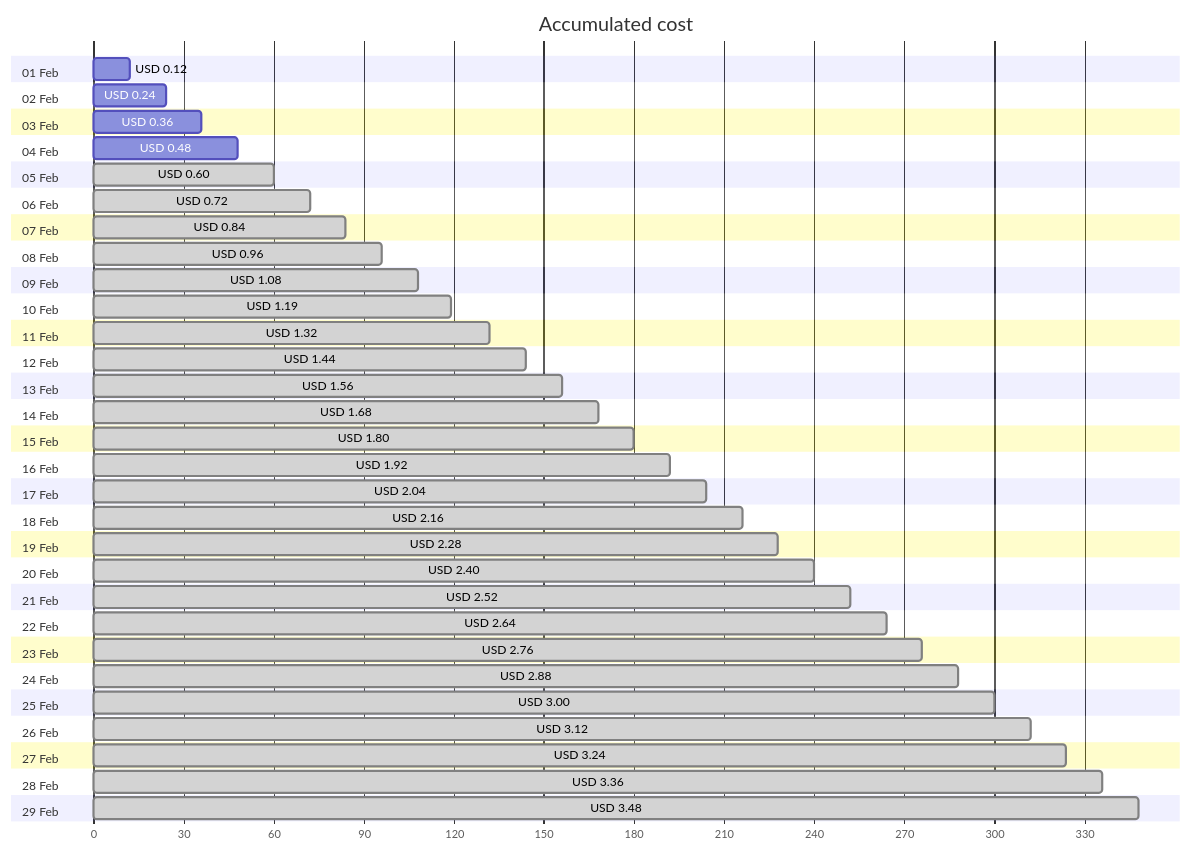
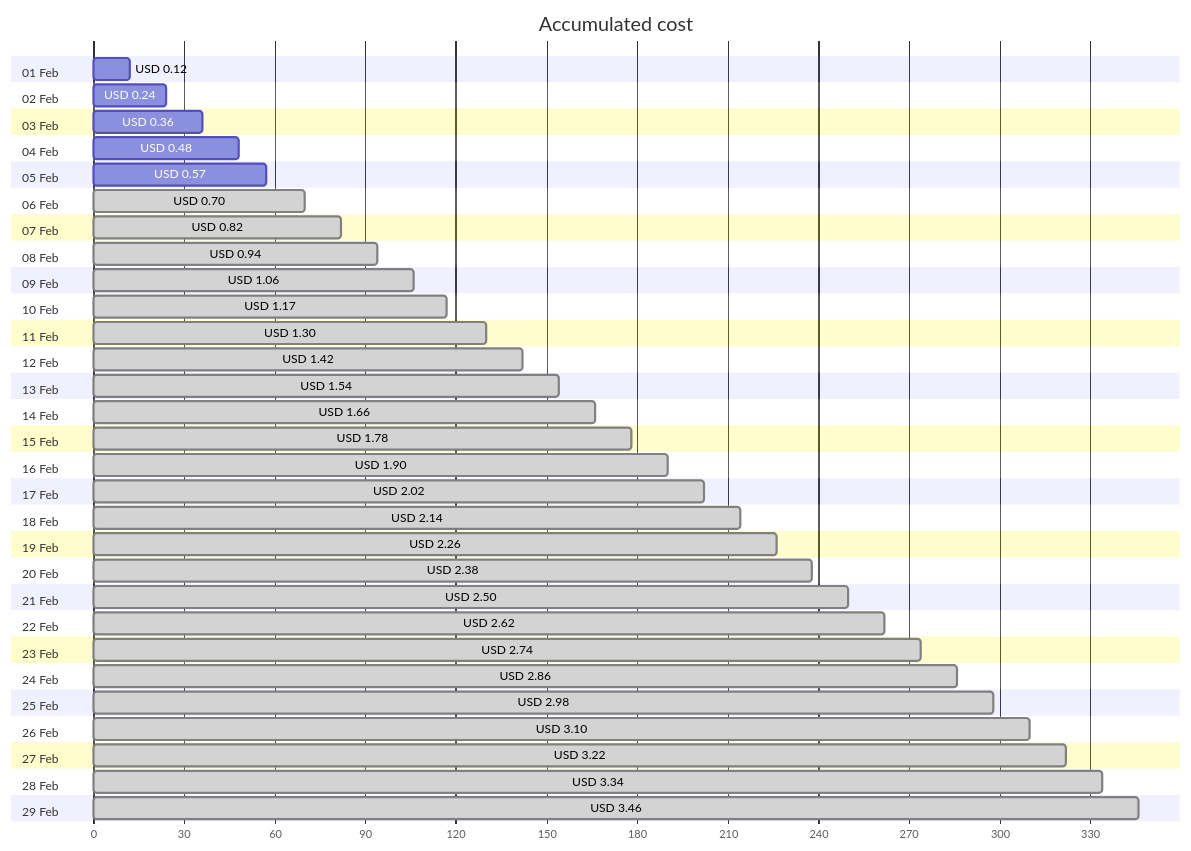
The first of 4 diagrams in cost-reports/personal-network/backup-server-public-ip.md (jpfulton/azure-personal-reports), drawn with Mermaid before and after one commit. The commit also changed other lines of this file and 8 other files, not shown here.

````diff
--- a/cost-reports/personal-network/backup-server-public-ip.md
+++ b/cost-reports/personal-network/backup-server-public-ip.md
@@ -20,64 +20,64 @@
 ```mermaid
 gantt
    title Accumulated cost
    dateFormat  X
    axisFormat %s
    section 01 Feb
    USD 0.12 :0, 12
    section 02 Feb
    USD 0.24 :0, 24
    section 03 Feb
    USD 0.36 :0, 36
    section 04 Feb
    USD 0.48 :0, 48
    section 05 Feb
-   USD 0.60 : done, 0, 60
+   USD 0.57 :0, 57
    section 06 Feb
-   USD 0.72 : done, 0, 72
+   USD 0.70 : done, 0, 70
    section 07 Feb
-   USD 0.84 : done, 0, 84
+   USD 0.82 : done, 0, 82
    section 08 Feb
-   USD 0.96 : done, 0, 96
+   USD 0.94 : done, 0, 94
    section 09 Feb
-   USD 1.08 : done, 0, 108
+   USD 1.06 : done, 0, 106
    section 10 Feb
-   USD 1.19 : done, 0, 119
+   USD 1.17 : done, 0, 117
    section 11 Feb
-   USD 1.32 : done, 0, 132
+   USD 1.30 : done, 0, 130
    section 12 Feb
-   USD 1.44 : done, 0, 144
+   USD 1.42 : done, 0, 142
    section 13 Feb
-   USD 1.56 : done, 0, 156
+   USD 1.54 : done, 0, 154
    section 14 Feb
-   USD 1.68 : done, 0, 168
+   USD 1.66 : done, 0, 166
    section 15 Feb
-   USD 1.80 : done, 0, 180
+   USD 1.78 : done, 0, 178
    section 16 Feb
-   USD 1.92 : done, 0, 192
+   USD 1.90 : done, 0, 190
    section 17 Feb
-   USD 2.04 : done, 0, 204
+   USD 2.02 : done, 0, 202
    section 18 Feb
-   USD 2.16 : done, 0, 216
+   USD 2.14 : done, 0, 214
    section 19 Feb
-   USD 2.28 : done, 0, 228
+   USD 2.26 : done, 0, 226
    section 20 Feb
-   USD 2.40 : done, 0, 240
+   USD 2.38 : done, 0, 238
    section 21 Feb
-   USD 2.52 : done, 0, 252
+   USD 2.50 : done, 0, 250
    section 22 Feb
-   USD 2.64 : done, 0, 264
+   USD 2.62 : done, 0, 262
    section 23 Feb
-   USD 2.76 : done, 0, 276
+   USD 2.74 : done, 0, 274
    section 24 Feb
-   USD 2.88 : done, 0, 288
+   USD 2.86 : done, 0, 286
    section 25 Feb
-   USD 3.00 : done, 0, 300
+   USD 2.98 : done, 0, 298
    section 26 Feb
-   USD 3.12 : done, 0, 312
+   USD 3.10 : done, 0, 310
    section 27 Feb
-   USD 3.24 : done, 0, 324
+   USD 3.22 : done, 0, 322
    section 28 Feb
-   USD 3.36 : done, 0, 336
+   USD 3.34 : done, 0, 334
    section 29 Feb
-   USD 3.48 : done, 0, 348
+   USD 3.46 : done, 0, 346
 ```
````
